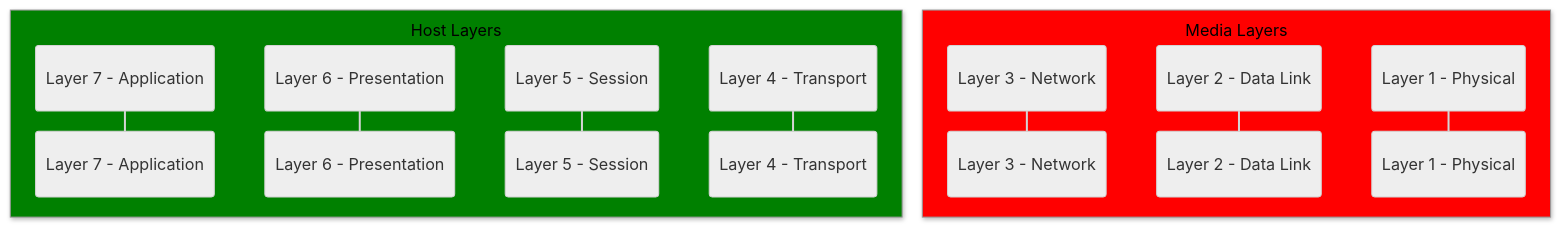
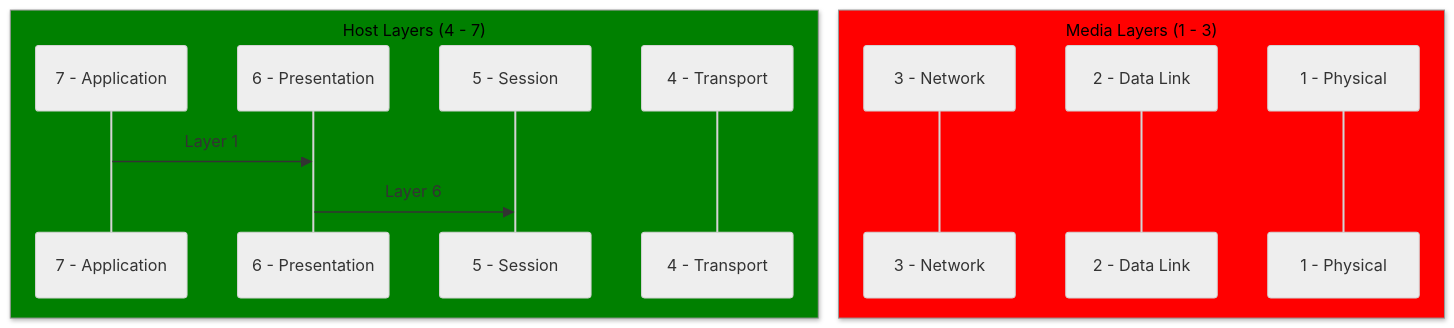
One commit to ZeeshanBari/tech-fundamentals changed the diagram in OSI 7 Layer Model.md. Above: the diagram before and after it, drawn with Mermaid (neutral theme). The commit also changed other lines of this file, not shown here.

Commit message:
Update OSI 7 Layer Model to add Layer 1

````diff
--- a/OSI 7 Layer Model.md
+++ b/OSI 7 Layer Model.md
@@ -6,14 +8,17 @@
 ```mermaid
 sequenceDiagram
-    box Green Host Layers
-    participant A as Layer 7 - Application
-    participant Pr as Layer 6 - Presentation
-    participant S as Layer 5 - Session
-    participant T as Layer 4 - Transport
+    box Green Host Layers (4 - 7)
+    participant A as 7 - Application
+    participant Pr as 6 - Presentation
+    participant S as 5 - Session
+    participant T as 4 - Transport
     end
-    box Red Media Layers
-    participant N as Layer 3 - Network
-    participant D as Layer 2 - Data Link
-    participant Ph as Layer 1 - Physical
+    box Red Media Layers (1 - 3)
+    participant N as 3 - Network
+    participant D as 2 - Data Link
+    participant Ph as 1 - Physical
     end
+
+    A ->> Pr: Layer 1
+    Pr ->> S: Layer 6
 ```
````
